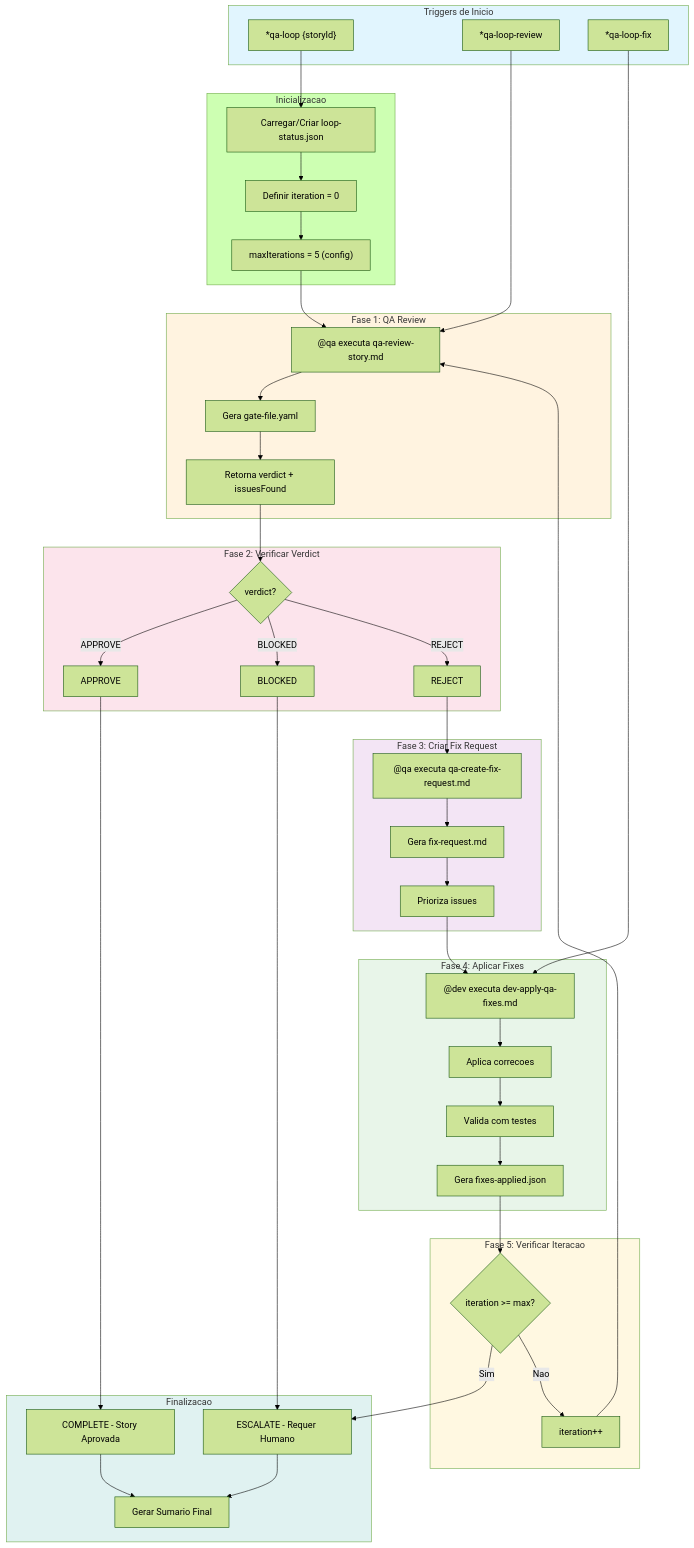
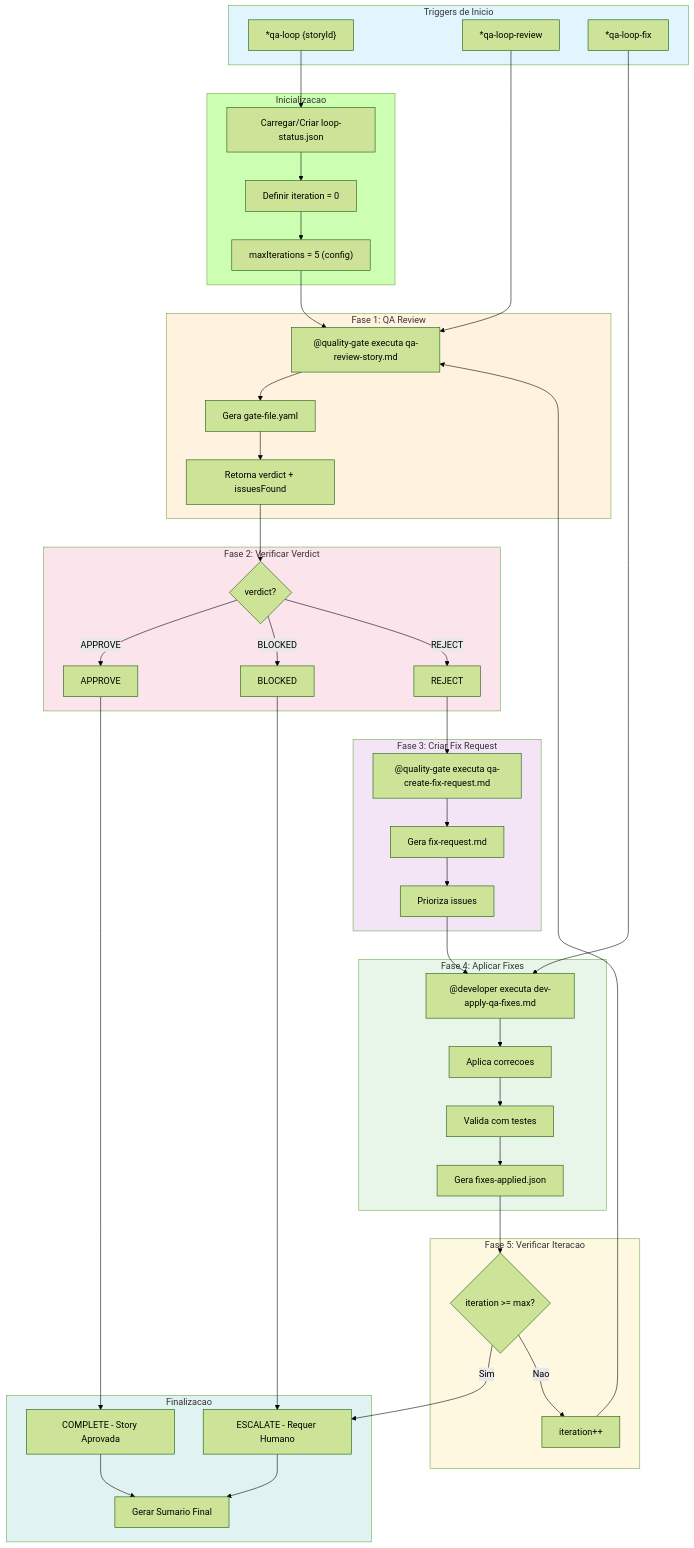
The first of 10 diagrams in docs/guides/workflows/QA-LOOP-WORKFLOW.md (caioimori/sinapse-ai), drawn with Mermaid (forest theme) before and after one commit. The commit also changed other lines of this file and 873 other files, not shown here.

```diff
--- a/docs/guides/workflows/QA-LOOP-WORKFLOW.md
+++ b/docs/guides/workflows/QA-LOOP-WORKFLOW.md
@@ -72,7 +72,7 @@
     end
 
     subgraph REVIEW["Fase 1: QA Review"]
-        R1["@qa executa qa-review-story.md"]
+        R1["@quality-gate executa qa-review-story.md"]
         R2["Gera gate-file.yaml"]
         R3["Retorna verdict + issuesFound"]
     end
@@ -85,13 +85,13 @@
     end
 
     subgraph FIX_REQ["Fase 3: Criar Fix Request"]
-        F1["@qa executa qa-create-fix-request.md"]
+        F1["@quality-gate executa qa-create-fix-request.md"]
         F2["Gera fix-request.md"]
         F3["Prioriza issues"]
     end
 
     subgraph FIX["Fase 4: Aplicar Fixes"]
-        X1["@dev executa dev-apply-qa-fixes.md"]
+        X1["@developer executa dev-apply-qa-fixes.md"]
         X2["Aplica correcoes"]
         X3["Valida com testes"]
         X4["Gera fixes-applied.json"]
```
